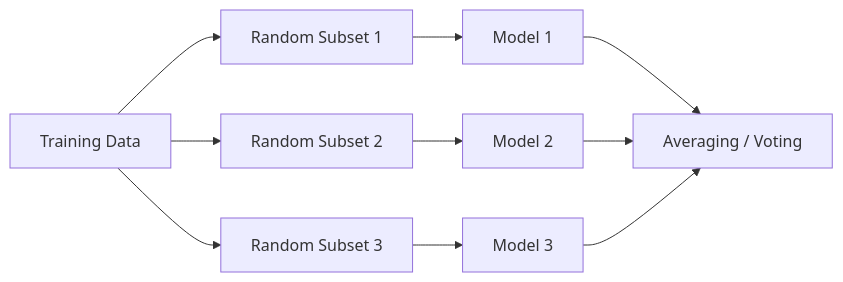
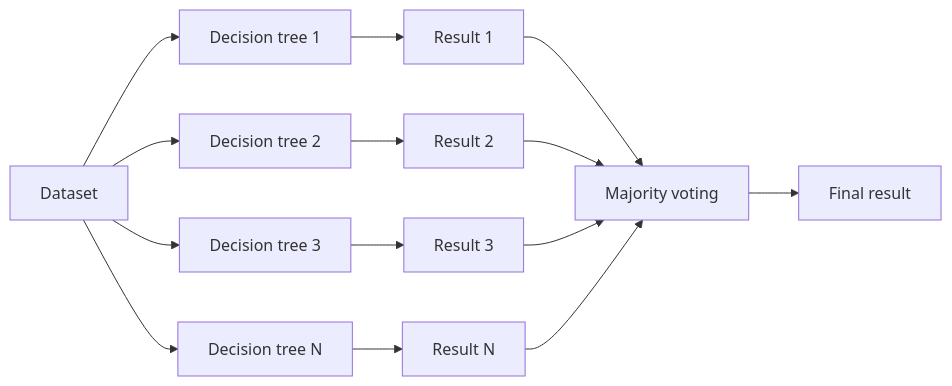
One commit to SureshAmal/learnmaker changed the diagram in markdown-ml/unit2/6.md. Above: the diagram before and after it, drawn with Mermaid. The commit also changed other lines of this file and 668 other files, not shown here.

````diff
--- a/markdown-ml/unit2/6.md
+++ b/markdown-ml/unit2/6.md
@@ -38,12 +13,16 @@
 ```mermaid
 flowchart LR
-    A["Training Data"] --> B["Random Subset 1"]
-    A --> C["Random Subset 2"]
-    A --> D["Random Subset 3"]
-    B --> E["Model 1"]
-    C --> F["Model 2"]
-    D --> G["Model 3"]
-    E --> H["Averaging / Voting"]
-    F --> H
-    G --> H
+    D["Dataset"] --> T1["Decision tree 1"]
+    D --> T2["Decision tree 2"]
+    D --> T3["Decision tree 3"]
+    D --> TN["Decision tree N"]
+    T1 --> R1["Result 1"]
+    T2 --> R2["Result 2"]
+    T3 --> R3["Result 3"]
+    TN --> RN["Result N"]
+    R1 --> V["Majority voting"]
+    R2 --> V
+    R3 --> V
+    RN --> V
+    V --> F["Final result"]
 ```
````
